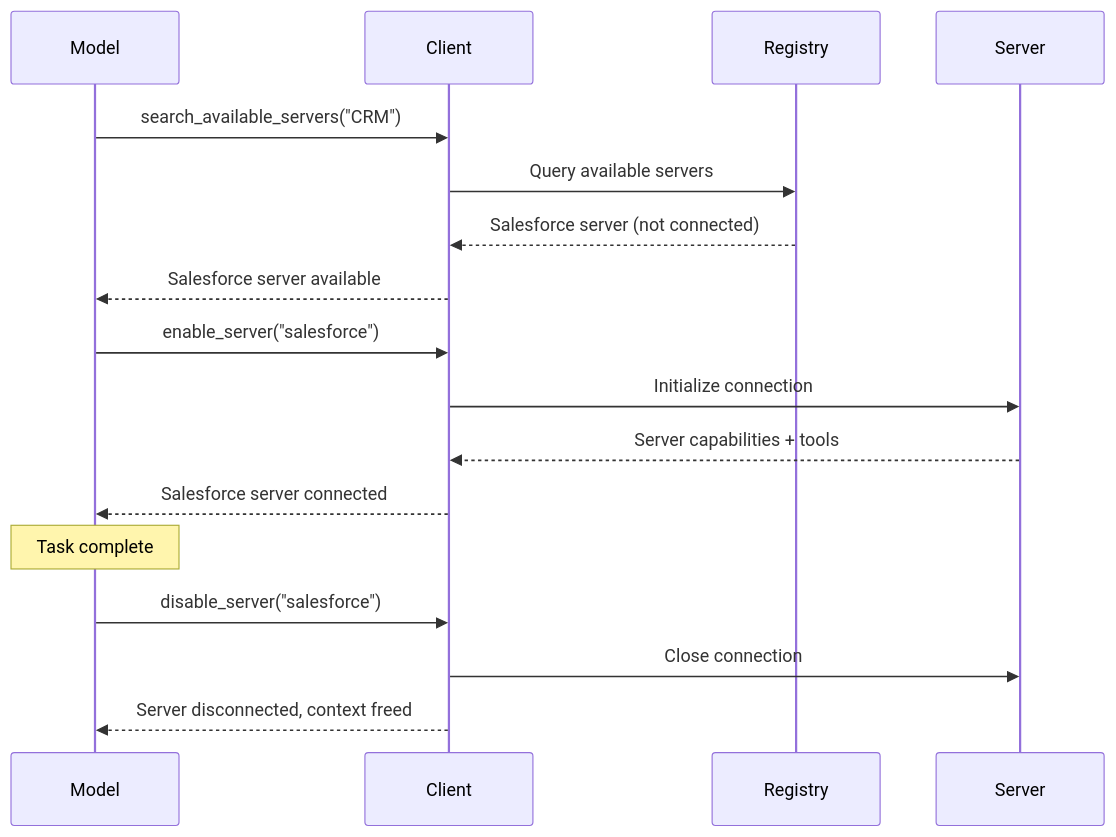
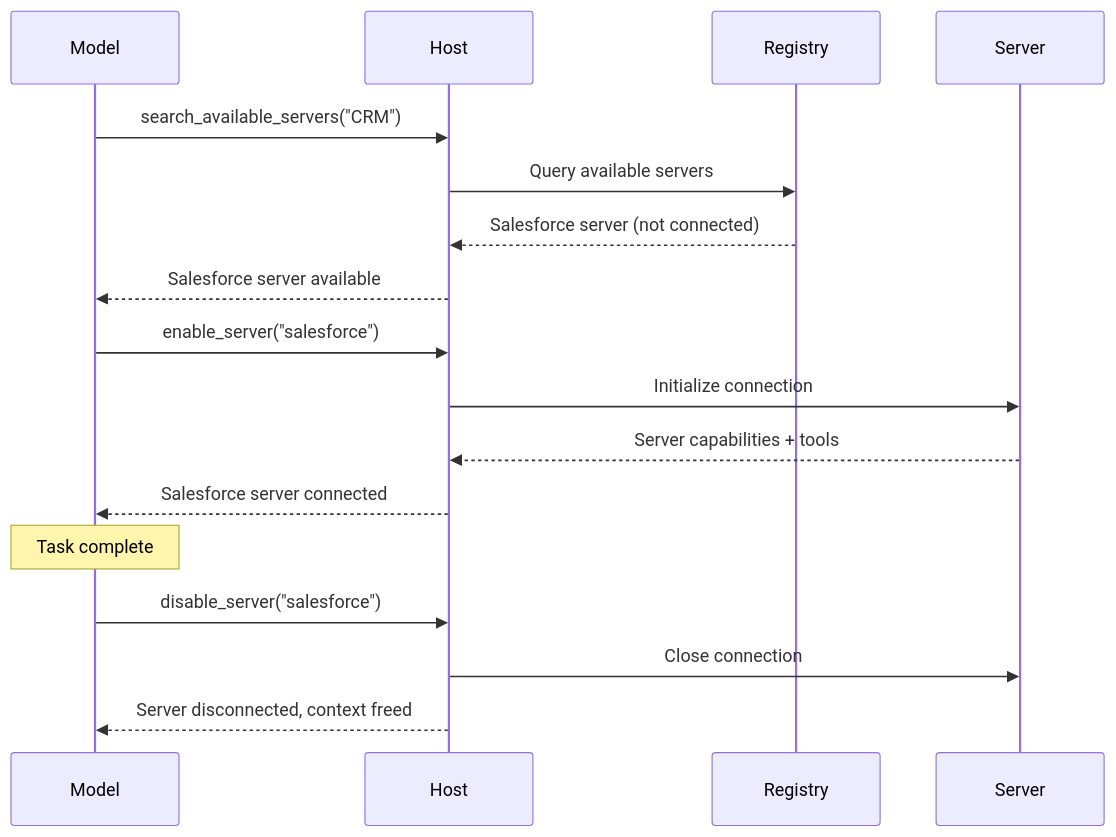
One commit to modelcontextprotocol/modelcontextprotocol changed the first of 2 diagrams in docs/docs/develop/clients/client-best-practices.mdx. Above: the diagram before and after it, drawn with Mermaid. The commit also changed other lines of this file, not shown here.

First line of the commit message:
docs: heading hierarchy, host/client terminology, and section placement

````diff
--- a/docs/docs/develop/clients/client-best-practices.mdx
+++ b/docs/docs/develop/clients/client-best-practices.mdx
@@ -105,23 +105,23 @@
 ```mermaid
 sequenceDiagram
     participant Model
-    participant Client
+    participant Host
     participant Registry
     participant Server
 
-    Model->>Client: search_available_servers("CRM")
-    Client->>Registry: Query available servers
-    Registry-->>Client: Salesforce server (not connected)
-    Client-->>Model: Salesforce server available
+    Model->>Host: search_available_servers("CRM")
+    Host->>Registry: Query available servers
+    Registry-->>Host: Salesforce server (not connected)
+    Host-->>Model: Salesforce server available
 
-    Model->>Client: enable_server("salesforce")
-    Client->>Server: Initialize connection
-    Server-->>Client: Server capabilities + tools
-    Client-->>Model: Salesforce server connected
+    Model->>Host: enable_server("salesforce")
+    Host->>Server: Initialize connection
+    Server-->>Host: Server capabilities + tools
+    Host-->>Model: Salesforce server connected
 
     Note over Model: Task complete
 
-    Model->>Client: disable_server("salesforce")
-    Client->>Server: Close connection
-    Client-->>Model: Server disconnected, context freed
+    Model->>Host: disable_server("salesforce")
+    Host->>Server: Close connection
+    Host-->>Model: Server disconnected, context freed
 ```
````
